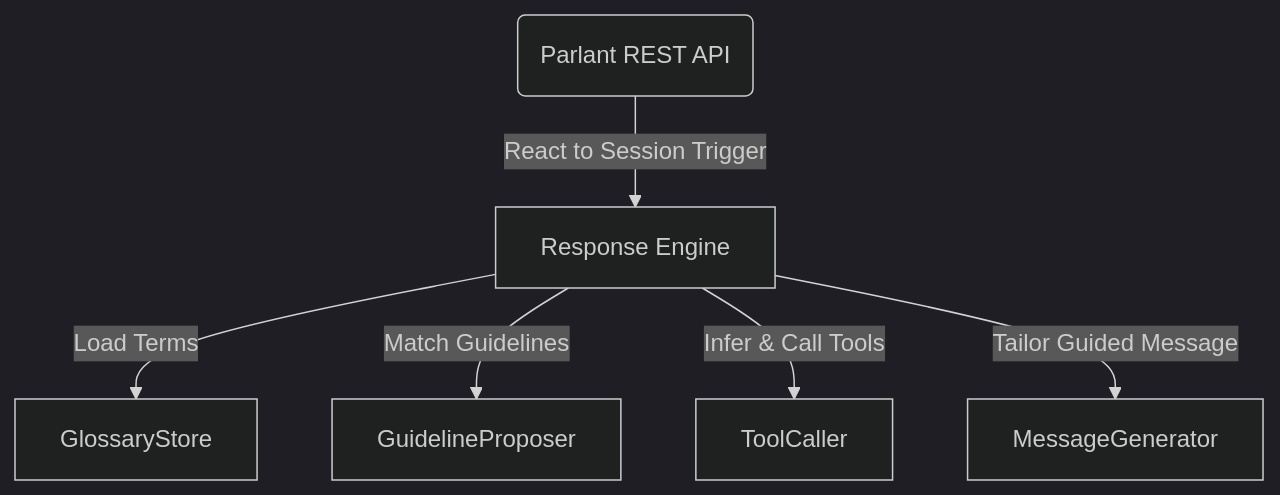
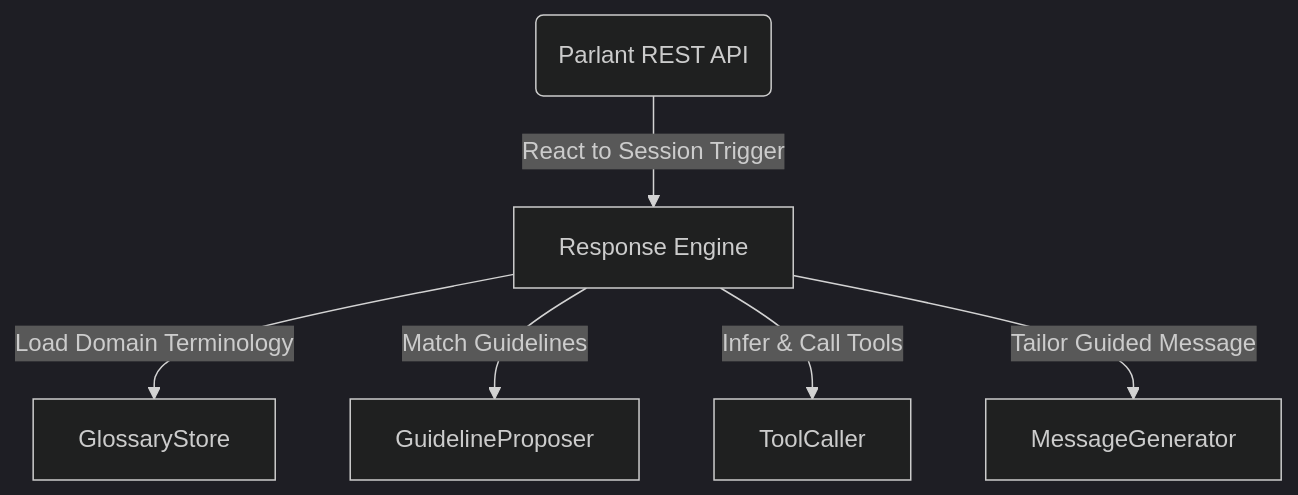
Before and after one commit to jmanhype/parlant: the diagram in README.md, drawn with Mermaid (dark theme).

````diff
--- a/README.md
+++ b/README.md
@@ -31,8 +31,8 @@
 ```mermaid
 graph TD
     API(Parlant REST API) -->|React to Session Trigger| Engine[Response Engine]
-    Engine -->|Load Terms| GlossaryStore
+    Engine -->|Load Domain Terminology| GlossaryStore
     Engine -->|Match Guidelines| GuidelineProposer
     Engine -->|Infer & Call Tools| ToolCaller
     Engine -->|Tailor Guided Message| MessageGenerator
 ```
````
